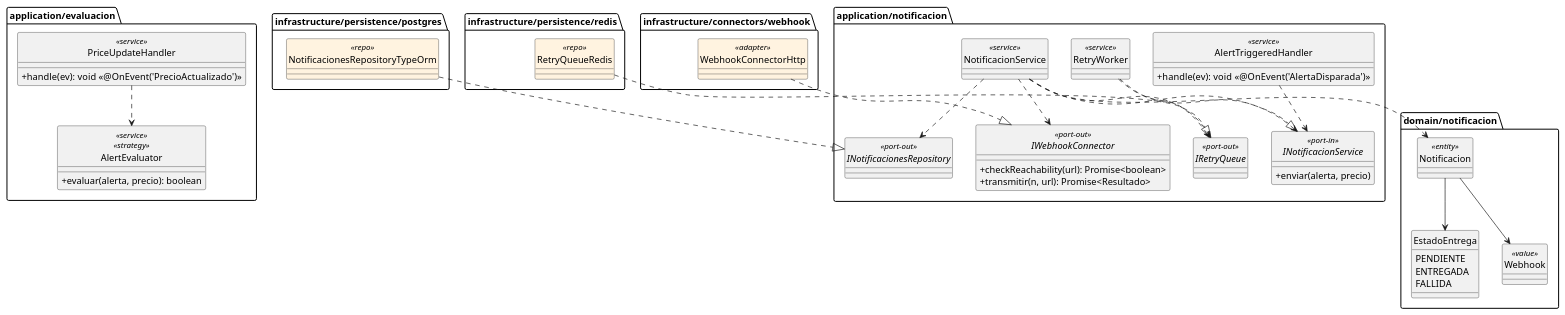
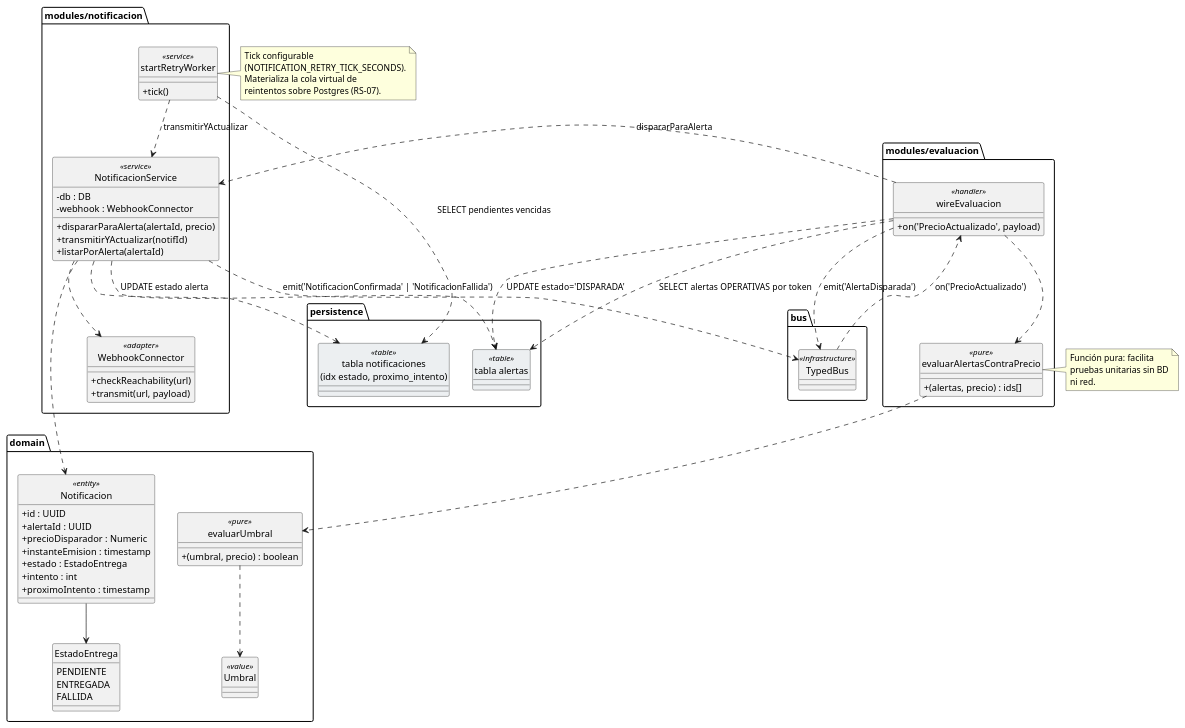
Before and after one commit to nekiiiiis/tfg: the diagram in modelosUML/capitulo3/diseno-clases-evaluacion.puml, drawn with PlantUML. The commit also changed 40 other files, not shown here.

```diff
--- a/modelosUML/capitulo3/diseno-clases-evaluacion.puml
+++ b/modelosUML/capitulo3/diseno-clases-evaluacion.puml
@@ -1,68 +1,96 @@
 @startuml
 skinparam shadowing false
 skinparam classAttributeIconSize 0
 hide circle
 
-package "application/evaluacion" {
-    class PriceUpdateHandler <<service>> {
-        + handle(ev): void  <<@OnEvent('PrecioActualizado')>>
+package "modules/evaluacion" {
+    class wireEvaluacion <<handler>> {
+        + on('PrecioActualizado', payload)
     }
-    class AlertEvaluator <<service>> <<strategy>> {
-        + evaluar(alerta, precio): boolean
+    class evaluarAlertasContraPrecio <<pure>> {
+        + (alertas, precio) : ids[]
     }
 }
 
-package "application/notificacion" {
-    interface INotificacionService <<port-in>> {
-        + enviar(alerta, precio)
+package "domain" {
+    class evaluarUmbral <<pure>> {
+        + (umbral, precio) : boolean
     }
-    interface IWebhookConnector <<port-out>> {
-        + checkReachability(url): Promise<boolean>
-        + transmitir(n, url): Promise<Resultado>
-    }
-    interface INotificacionesRepository <<port-out>>
-    interface IRetryQueue <<port-out>>
-    class NotificacionService <<service>>
-    class AlertTriggeredHandler <<service>> {
-        + handle(ev): void  <<@OnEvent('AlertaDisparada')>>
-    }
-    class RetryWorker <<service>>
+    class Umbral <<value>>
 }
 
-package "domain/notificacion" {
-    class Notificacion <<entity>>
+package "modules/notificacion" {
+    class NotificacionService <<service>> {
+        - db : DB
+        - webhook : WebhookConnector
+        + dispararParaAlerta(alertaId, precio)
+        + transmitirYActualizar(notifId)
+        + listarPorAlerta(alertaId)
+    }
+    class WebhookConnector <<adapter>> {
+        + checkReachability(url)
+        + transmit(url, payload)
+    }
+    class startRetryWorker <<service>> {
+        + tick()
+    }
+}
+
+package "domain" {
+    class Notificacion <<entity>> {
+        + id : UUID
+        + alertaId : UUID
+        + precioDisparador : Numeric
+        + instanteEmision : timestamp
+        + estado : EstadoEntrega
+        + intento : int
+        + proximoIntento : timestamp
+    }
     enum EstadoEntrega {
         PENDIENTE
         ENTREGADA
         FALLIDA
     }
-    class Webhook <<value>>
 }
 
-package "infrastructure/persistence/postgres" {
-    class NotificacionesRepositoryTypeOrm <<repo>> #FFF3E0
-}
-package "infrastructure/persistence/redis" {
-    class RetryQueueRedis <<repo>> #FFF3E0
-}
-package "infrastructure/connectors/webhook" {
-    class WebhookConnectorHttp <<adapter>> #FFF3E0
+package "persistence" {
+    class "tabla notificaciones\n(idx estado, proximo_intento)" as TN <<table>> #ECEFF1
+    class "tabla alertas" as TA <<table>> #ECEFF1
 }
 
-PriceUpdateHandler ..> AlertEvaluator
-AlertTriggeredHandler ..> INotificacionService
-NotificacionService ..|> INotificacionService
-NotificacionService ..> IWebhookConnector
-NotificacionService ..> INotificacionesRepository
-NotificacionService ..> IRetryQueue
+package "bus" {
+    class TypedBus <<infrastructure>>
+}
+
+TypedBus ..> wireEvaluacion : on('PrecioActualizado')
+wireEvaluacion ..> TA : SELECT alertas OPERATIVAS por token
+wireEvaluacion ..> evaluarAlertasContraPrecio
+evaluarAlertasContraPrecio ..> evaluarUmbral
+evaluarUmbral ..> Umbral
+wireEvaluacion ..> TA : UPDATE estado='DISPARADA'
+wireEvaluacion ..> TypedBus : emit('AlertaDisparada')
+wireEvaluacion ..> NotificacionService : dispararParaAlerta
+
+NotificacionService ..> TN
+NotificacionService ..> TA : UPDATE estado alerta
+NotificacionService ..> WebhookConnector
+NotificacionService ..> TypedBus : emit('NotificacionConfirmada' | 'NotificacionFallida')
 NotificacionService ..> Notificacion
-RetryWorker ..> IRetryQueue
-RetryWorker ..> INotificacionService
+Notificacion --> EstadoEntrega
+startRetryWorker ..> TN : SELECT pendientes vencidas
+startRetryWorker ..> NotificacionService : transmitirYActualizar
 
-NotificacionesRepositoryTypeOrm ..|> INotificacionesRepository
-RetryQueueRedis ..|> IRetryQueue
-WebhookConnectorHttp ..|> IWebhookConnector
-Notificacion --> EstadoEntrega
-Notificacion --> Webhook
+note right of evaluarAlertasContraPrecio
+  Función pura: facilita
+  pruebas unitarias sin BD
+  ni red.
+end note
+
+note right of startRetryWorker
+  Tick configurable
+  (NOTIFICATION_RETRY_TICK_SECONDS).
+  Materializa la cola virtual de
+  reintentos sobre Postgres (RS-07).
+end note
 
 @enduml
```
